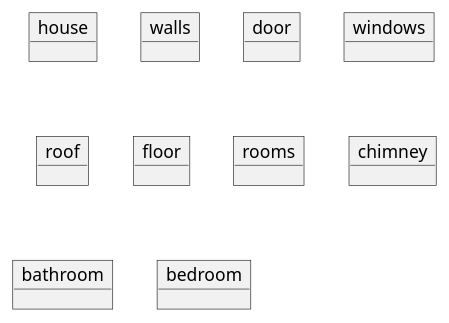
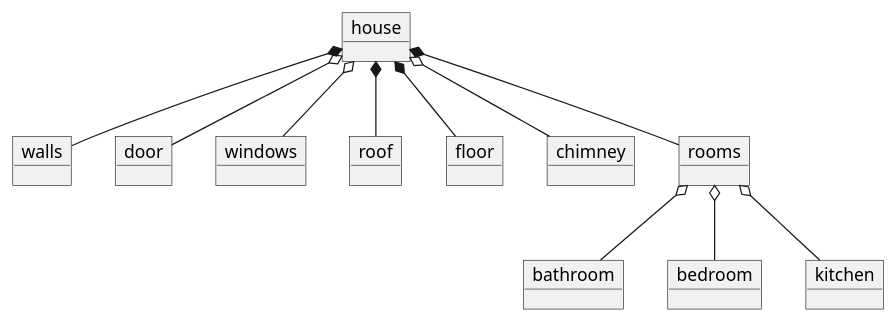
Before and after one commit to andrescordovatelus/UMLDiagrams-DSU: the diagram in UMLDiagrams/house.wsd, drawn with PlantUML. The commit also changed 1 other file, not shown here.

Commit message:
Finishing uml cases

```diff
--- a/UMLDiagrams/house.wsd
+++ b/UMLDiagrams/house.wsd
@@ -1,16 +1,29 @@
 @startuml house
 
 object house
-object walls
-object door
-object windows
-object roof
-object floor
-object rooms
-object chimney
+    object walls
+    object door
+    object windows
+    object roof
+    object floor
+    object chimney
+    object rooms
+        object bathroom
+        object bedroom
+        object kitchen
 
-object bathroom
-object bedroom
+    
+house *-- walls
+house *-- roof
+house *-- floor
+house *-- rooms
 
+rooms o-- bathroom
+rooms o-- bedroom
+rooms o-- kitchen
+
+house o-- chimney
+house o-- door
+house o-- windows
 
 @enduml
```
